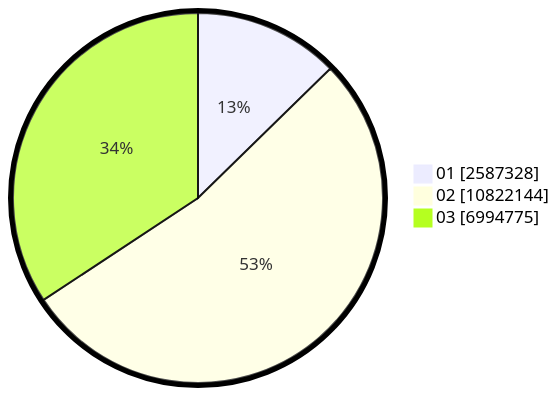
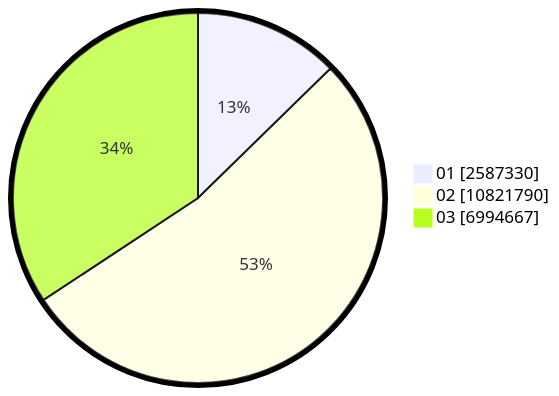
Before and after one commit to gigit-pemilu/pemilu-2024: the second of 2 diagrams in pilpres/hitung-suara/sub/table-wilayah-33.md, drawn with Mermaid. The commit also changed other lines of this file and 7 other files, not shown here.

````diff
--- a/pilpres/hitung-suara/sub/table-wilayah-33.md
+++ b/pilpres/hitung-suara/sub/table-wilayah-33.md
@@ -15,7 +15,7 @@
 ```mermaid
 %%{init: {"pie": {"textPosition": 0.5}, "themeVariables": {"pieOuterStrokeWidth": "5px"}} }%%
 pie showData
-    "01" : 2587328
-    "02" : 10822144
-    "03" : 6994775
+    "01" : 2587330
+    "02" : 10821790
+    "03" : 6994667
 ```
````
